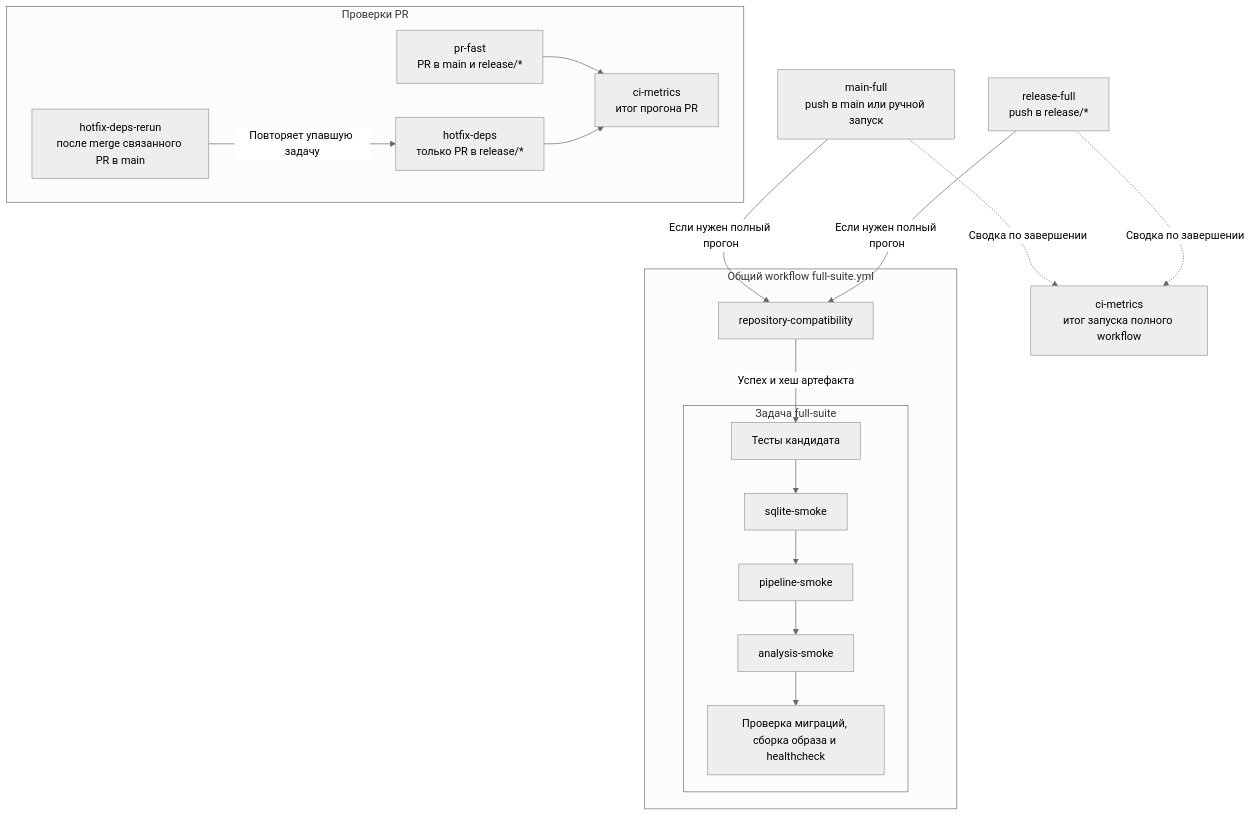
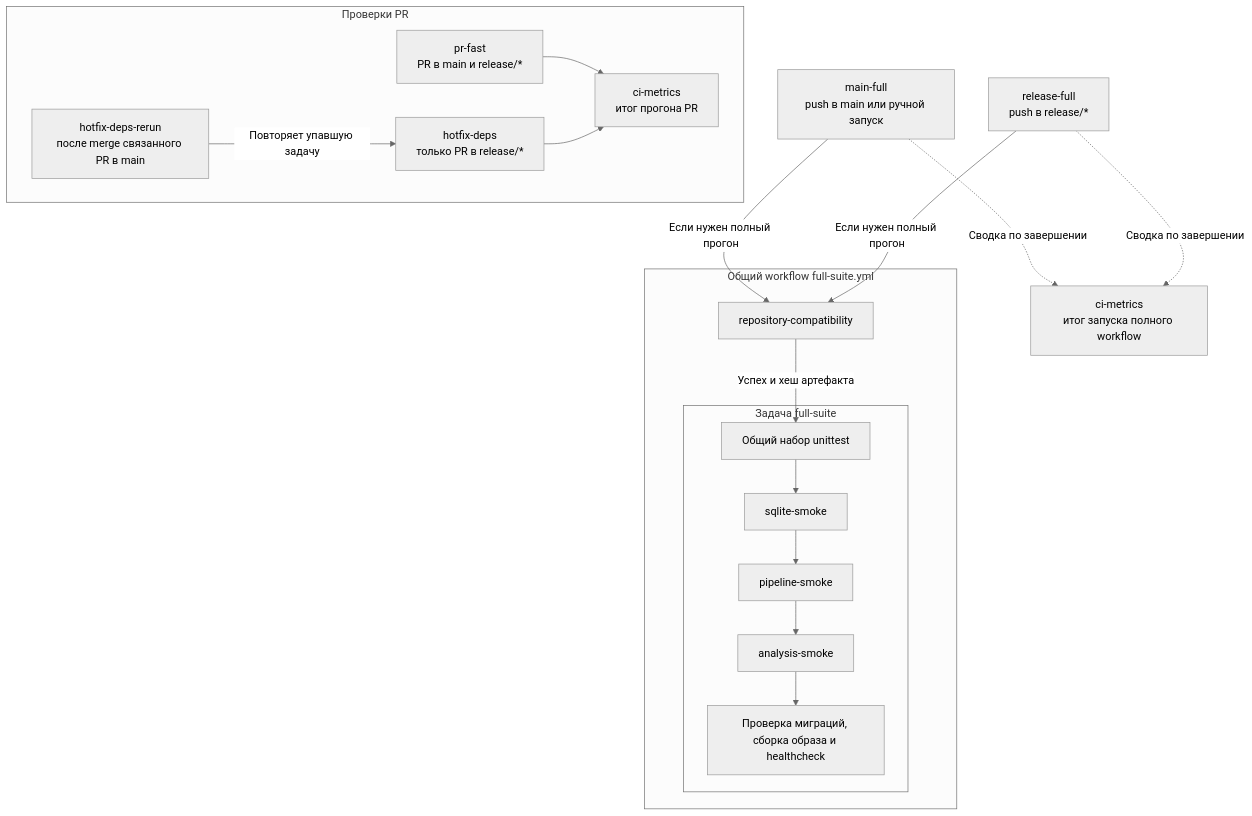
Before and after one commit to karateka-git/compadre-assistant: the third of 6 diagrams in docs/release-ci-admission/CI_AND_DEPLOY.md, drawn with Mermaid (neutral theme). The commit also changed other lines of this file and 3 other files, not shown here.

````diff
--- a/docs/release-ci-admission/CI_AND_DEPLOY.md
+++ b/docs/release-ci-admission/CI_AND_DEPLOY.md
@@ -150,30 +150,30 @@
 ```mermaid
 flowchart TD
     subgraph PR["Проверки PR"]
         FAST["pr-fast<br/>PR в main и release/*"]
         DEPS["hotfix-deps<br/>только PR в release/*"]
         RERUN["hotfix-deps-rerun<br/>после merge связанного PR в main"]
         RERUN -->|Повторяет упавшую задачу| DEPS
         FAST --> PRMETRICS["ci-metrics<br/>итог прогона PR"]
         DEPS --> PRMETRICS
     end
 
     MAIN["main-full<br/>push в main или ручной запуск"]
     RELEASE["release-full<br/>push в release/*"]
     subgraph COMMON["Общий workflow full-suite.yml"]
         COMPAT["repository-compatibility"]
         subgraph CANDIDATE["Задача full-suite"]
-            UNIT["Тесты кандидата"]
+            UNIT["Общий набор unittest"]
             SQLITE["sqlite-smoke"]
             PIPELINE["pipeline-smoke"]
             ANALYSIS["analysis-smoke"]
             FINAL["Проверка миграций, сборка образа и healthcheck"]
             UNIT --> SQLITE --> PIPELINE --> ANALYSIS --> FINAL
         end
         COMPAT -->|Успех и хеш артефакта| UNIT
     end
     MAIN -->|Если нужен полный прогон| COMPAT
     RELEASE -->|Если нужен полный прогон| COMPAT
     MAIN -. Сводка по завершении .-> METRICS["ci-metrics<br/>итог запуска полного workflow"]
     RELEASE -. Сводка по завершении .-> METRICS
 ```
````
